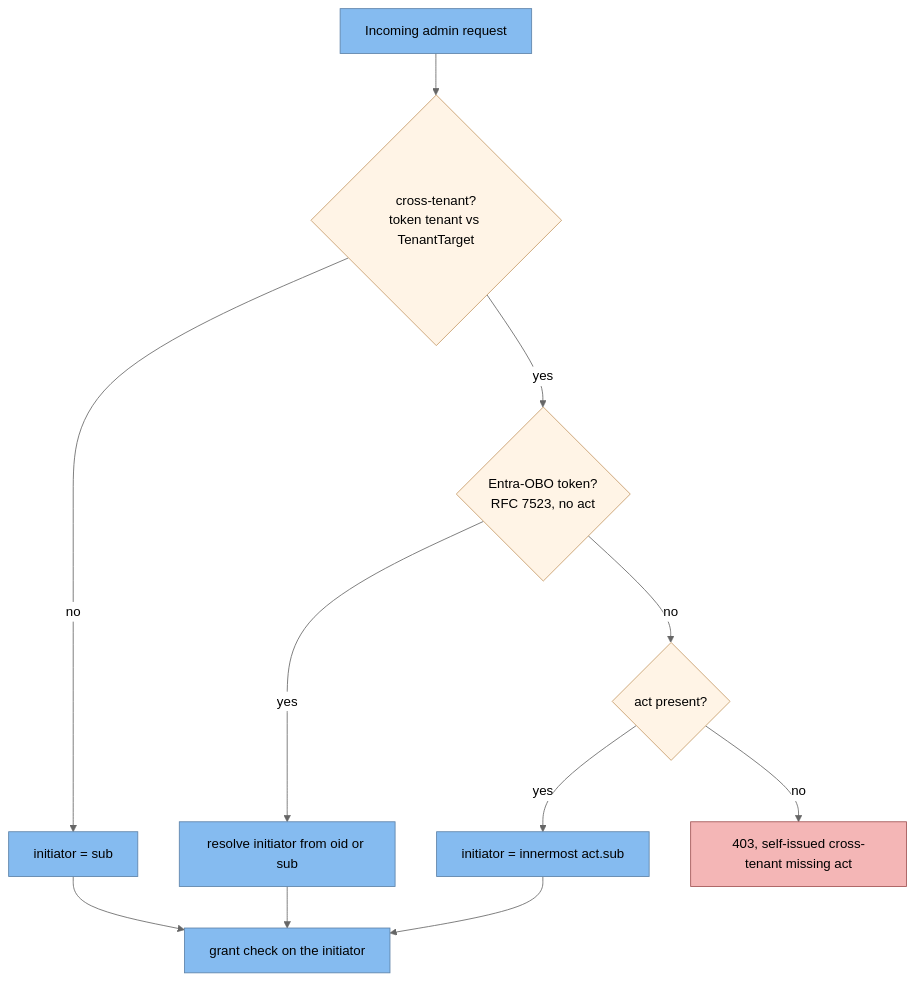
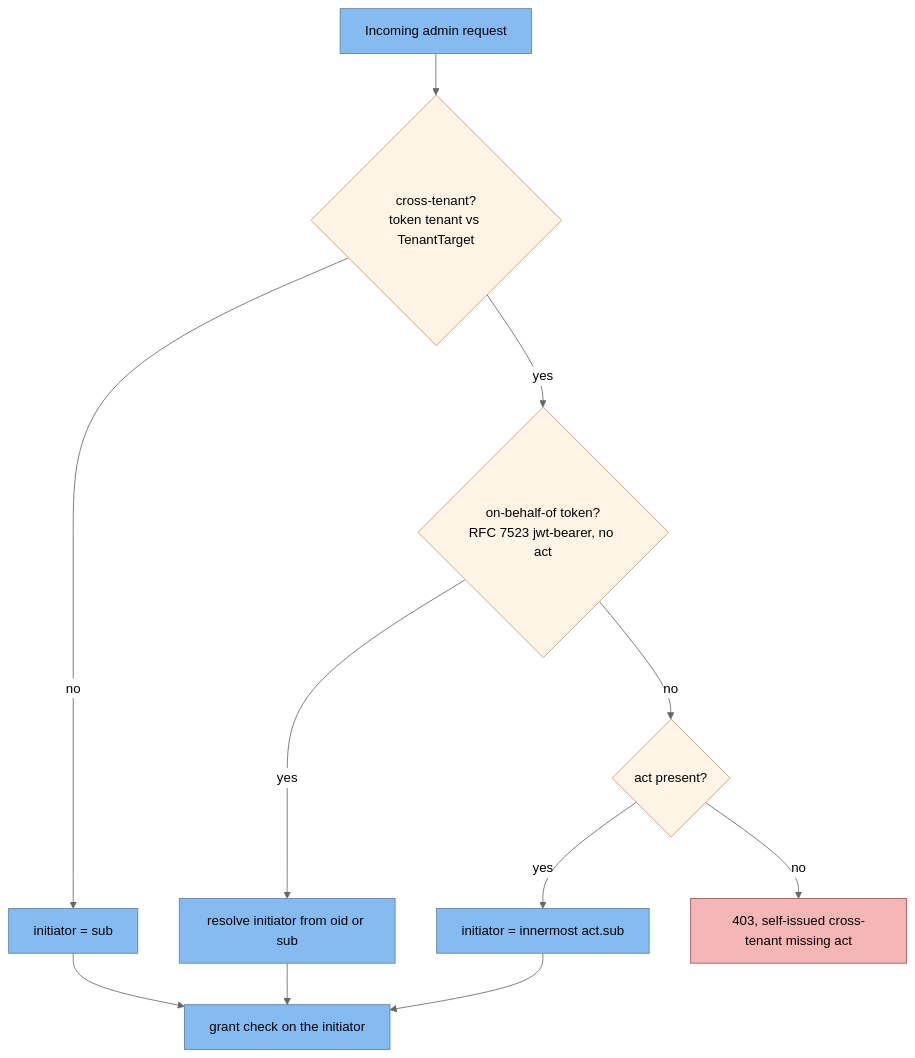
Before and after one commit to namphuongtran/nami: the second of 5 diagrams in docs/design/07-authorization.md, drawn with Mermaid (neutral theme). The commit also changed other lines of this file and 1 other file, not shown here.

````diff
--- a/docs/design/07-authorization.md
+++ b/docs/design/07-authorization.md
@@ -208,22 +273,22 @@
 ```mermaid
 flowchart TD
   start[Incoming admin request]:::n
   q1{cross-tenant?<br/>token tenant vs TenantTarget}:::d
   same[initiator = sub]:::n
-  q2{Entra-OBO token?<br/>RFC 7523, no act}:::d
+  q2{on-behalf-of token?<br/>RFC 7523 jwt-bearer, no act}:::d
   entra[resolve initiator from oid or sub]:::n
   q3{act present?}:::d
   act[initiator = innermost act.sub]:::n
   reject[403, self-issued cross-tenant missing act]:::r
   chk[grant check on the initiator]:::n
   start --> q1
   q1 -->|no| same --> chk
   q1 -->|yes| q2
   q2 -->|yes| entra --> chk
   q2 -->|no| q3
   q3 -->|yes| act --> chk
   q3 -->|no| reject
   classDef n fill:#85bbf0,stroke:#5d82a8,color:#000000
   classDef d fill:#fff4e6,stroke:#c69a66,color:#000000
   classDef r fill:#f4b6b6,stroke:#a05252,color:#000000
 ```
````
